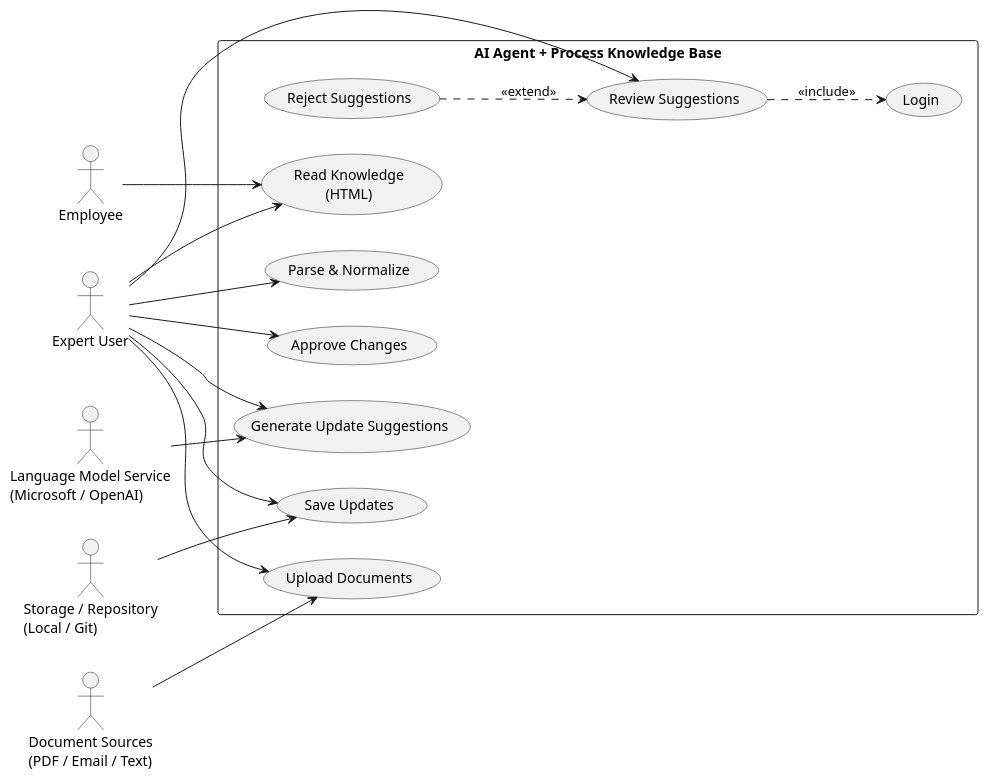
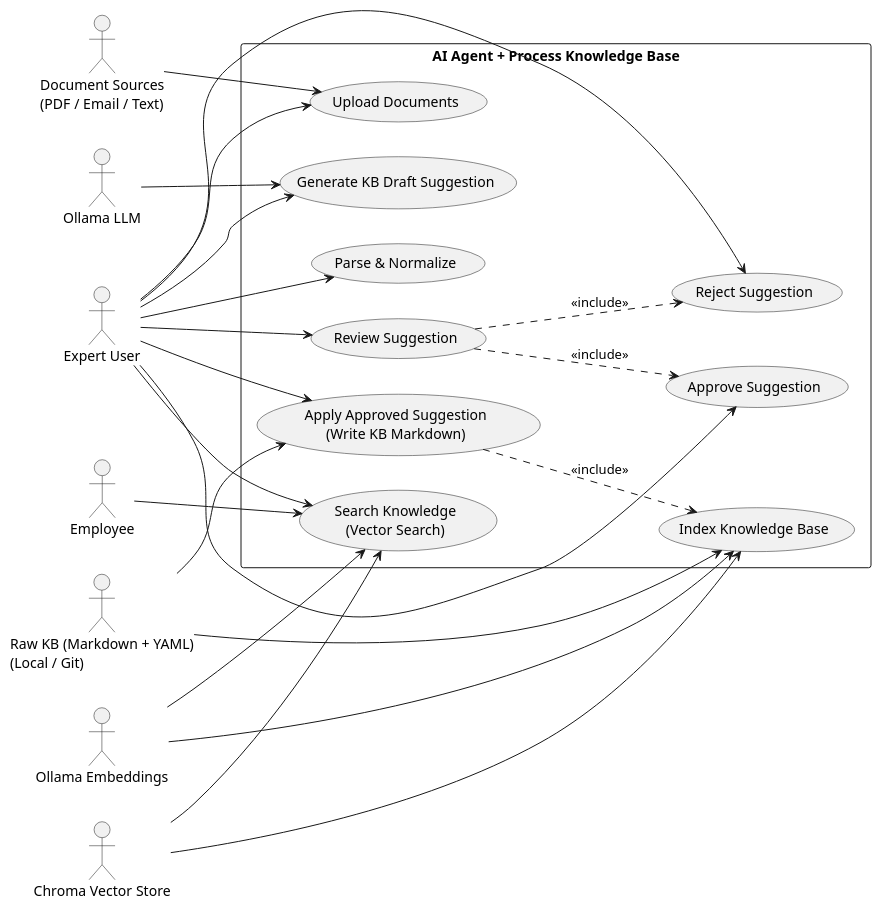
The diagram in docs/diagrams/use-case.puml (MakKhnzadah/KI-agent-Bacheloroppgave-av-Glencore-Nikkelverk-AS), drawn with PlantUML before and after one commit. The commit also changed 6670 other files, not shown here.

```diff
--- a/docs/diagrams/use-case.puml
+++ b/docs/diagrams/use-case.puml
@@ -1,45 +1,54 @@
 @startuml
 left to right direction
 skinparam packageStyle rectangle
 
 actor "Expert User" as Expert
 actor "Employee" as Employee
-actor "Language Model Service\n(Microsoft / OpenAI)" as LLM
-actor "Storage / Repository\n(Local / Git)" as Storage
+actor "Ollama LLM" as LLM
+actor "Ollama Embeddings" as Embed
+actor "Raw KB (Markdown + YAML)\n(Local / Git)" as Storage
+actor "Chroma Vector Store" as Chroma
 actor "Document Sources\n(PDF / Email / Text)" as Docs
 
 rectangle "AI Agent + Process Knowledge Base" {
 
-  usecase "Reject Suggestions" as UC_Reject
-  usecase "Login" as UC_Login
-  usecase "Review Suggestions" as UC_Review
-  usecase "Approve Changes" as UC_Approve
+  usecase "Upload Documents" as UC_Upload
   usecase "Parse & Normalize" as UC_Parse
-  usecase "Generate Update Suggestions" as UC_Generate
-  usecase "Save Updates" as UC_Save
-  usecase "Upload Documents" as UC_Upload
-  usecase "Read Knowledge\n(HTML)" as UC_Read
+  usecase "Generate KB Draft Suggestion" as UC_Generate
+  usecase "Review Suggestion" as UC_Review
+  usecase "Approve Suggestion" as UC_Approve
+  usecase "Reject Suggestion" as UC_Reject
+  usecase "Apply Approved Suggestion\n(Write KB Markdown)" as UC_Apply
+  usecase "Index Knowledge Base" as UC_Index
+  usecase "Search Knowledge\n(Vector Search)" as UC_Search
 
 }
 
 ' Expert user interactions
 Expert --> UC_Upload
+Expert --> UC_Parse
+Expert --> UC_Generate
 Expert --> UC_Review
 Expert --> UC_Approve
-Expert --> UC_Parse
-Expert --> UC_Generate
-Expert --> UC_Save
-Expert --> UC_Read
+Expert --> UC_Reject
+Expert --> UC_Apply
+Expert --> UC_Search
 
 ' Employee interactions
-Employee --> UC_Read
+Employee --> UC_Search
 
 ' External systems
+Docs --> UC_Upload
 LLM --> UC_Generate
-Storage --> UC_Save
-Docs --> UC_Upload
+Storage --> UC_Apply
+Storage --> UC_Index
+Embed --> UC_Search
+Embed --> UC_Index
+Chroma --> UC_Search
+Chroma --> UC_Index
 
 ' Relationships
-UC_Review ..> UC_Login : <<include>>
-UC_Reject ..> UC_Review : <<extend>>
+UC_Review ..> UC_Approve : <<include>>
+UC_Review ..> UC_Reject : <<include>>
+UC_Apply ..> UC_Index : <<include>>
 @enduml
```
